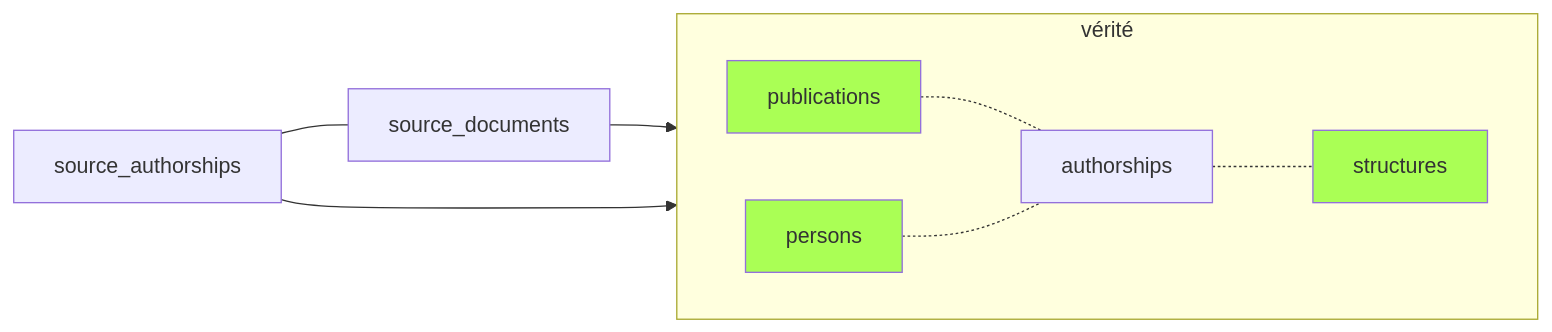
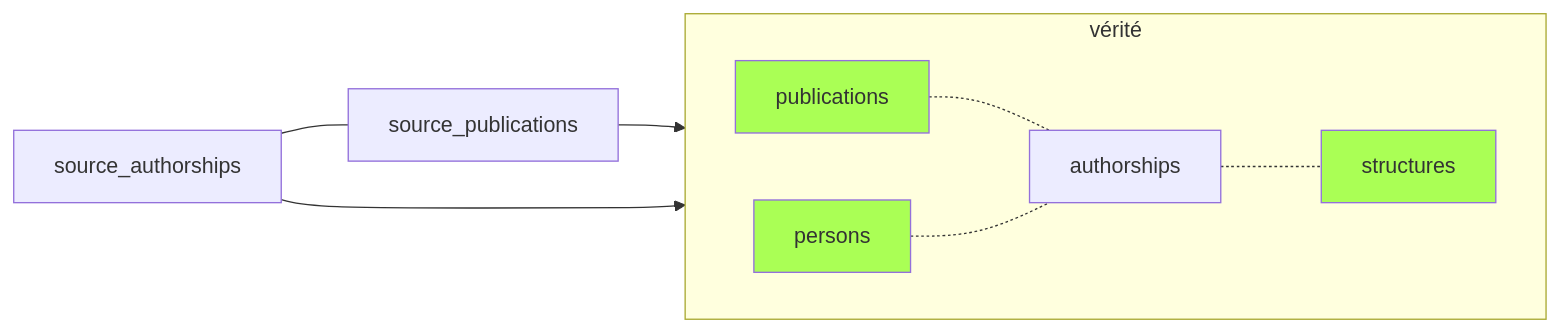
Before and after one commit to Y33sha/bibliometrie-uca: the eighth of 9 diagrams in docs/pipeline.md, drawn with Mermaid. The commit also changed other lines of this file and 109 other files, not shown here.

First line of the commit message:
Renommer source_documents → source_publications, squash migrations

````diff
--- a/docs/pipeline.md
+++ b/docs/pipeline.md
@@ -266,15 +266,15 @@
 ```mermaid
 flowchart LR
-    source_documents-->A
-    source_authorships---source_documents
+    source_publications-->A
+    source_authorships---source_publications
     source_authorships-->C
 
     subgraph vérité
     direction LR
     A[publications]-.-B[authorships]
     C[persons]-.-B
     B-.-F[structures]
     end
     classDef valid  fill:#af5
     class F,A,C valid;
 ```
````
